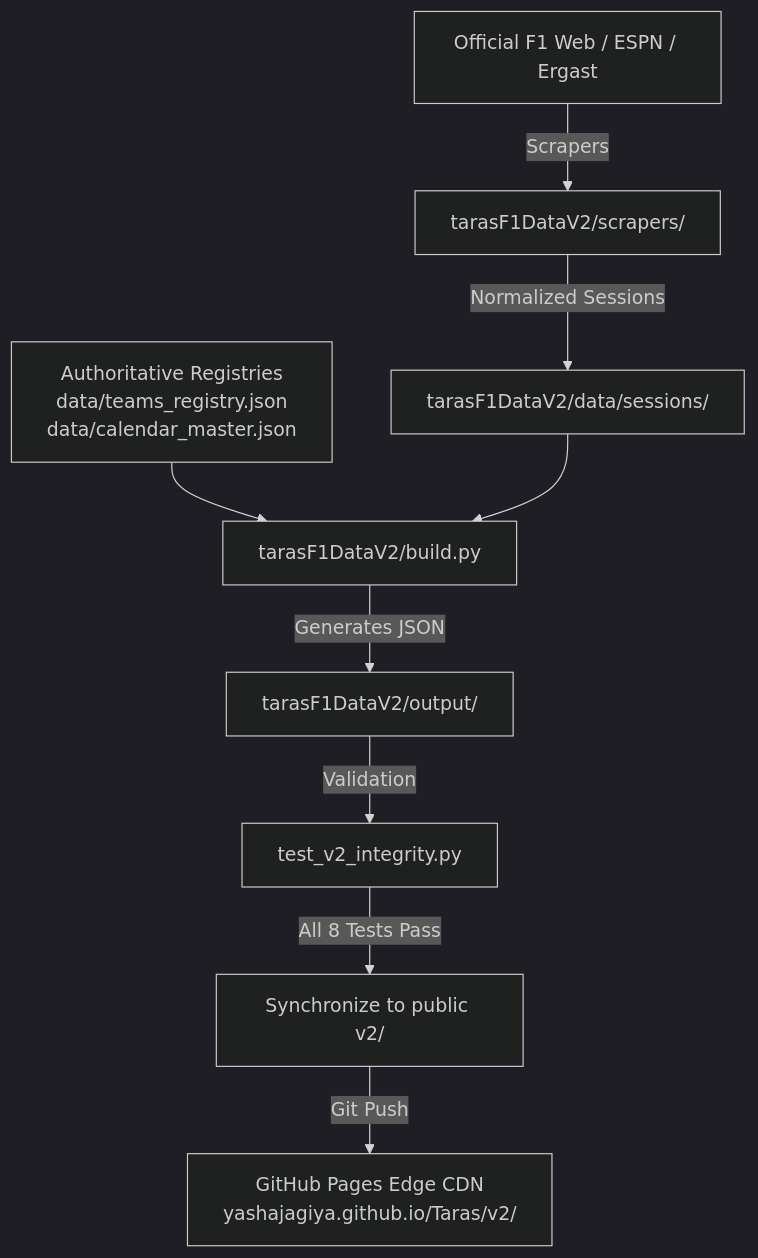
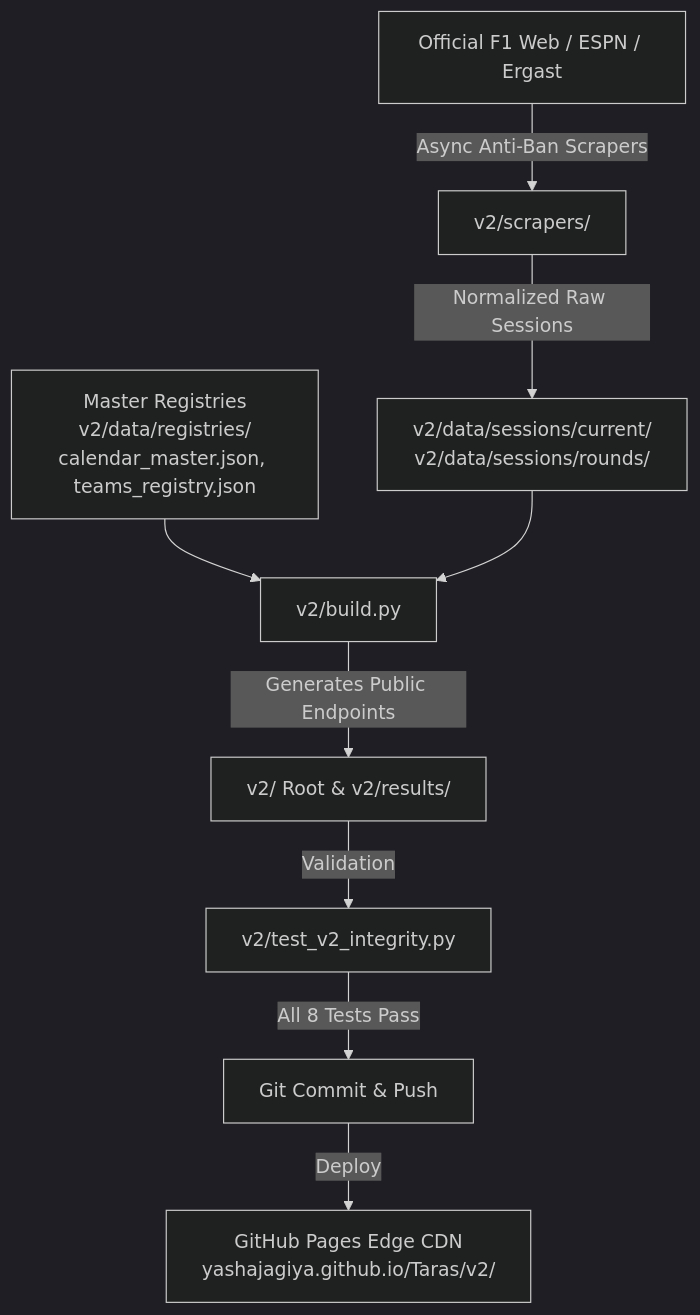
Before and after one commit to yashajagiya/Taras: the diagram in docs/ARCHITECTURE.md, drawn with Mermaid (dark theme). The commit also changed other lines of this file and 132 other files, not shown here.

Commit message:
Organize v2 architecture, categorize internal data, and relocate sessions to v2/data/sessions

````diff
--- a/docs/ARCHITECTURE.md
+++ b/docs/ARCHITECTURE.md
@@ -71,11 +116,11 @@
 ```mermaid
 graph TD
-    A[Official F1 Web / ESPN / Ergast] -->|Scrapers| B[tarasF1DataV2/scrapers/]
-    B -->|Normalized Sessions| C[tarasF1DataV2/data/sessions/]
-    D[Authoritative Registries<br/>data/teams_registry.json<br/>data/calendar_master.json] --> E[tarasF1DataV2/build.py]
+    A[Official F1 Web / ESPN / Ergast] -->|Async Anti-Ban Scrapers| B[v2/scrapers/]
+    B -->|Normalized Raw Sessions| C[v2/data/sessions/current/<br/>v2/data/sessions/rounds/]
+    D[Master Registries<br/>v2/data/registries/<br/>calendar_master.json, teams_registry.json] --> E[v2/build.py]
     C --> E
-    E -->|Generates JSON| F[tarasF1DataV2/output/]
-    F -->|Validation| G[test_v2_integrity.py]
-    G -->|All 8 Tests Pass| H[Synchronize to public v2/]
-    H -->|Git Push| I[GitHub Pages Edge CDN<br/>yashajagiya.github.io/Taras/v2/]
+    E -->|Generates Public Endpoints| F[v2/ Root & v2/results/]
+    F -->|Validation| G[v2/test_v2_integrity.py]
+    G -->|All 8 Tests Pass| H[Git Commit & Push]
+    H -->|Deploy| I[GitHub Pages Edge CDN<br/>yashajagiya.github.io/Taras/v2/]
 ```
````
